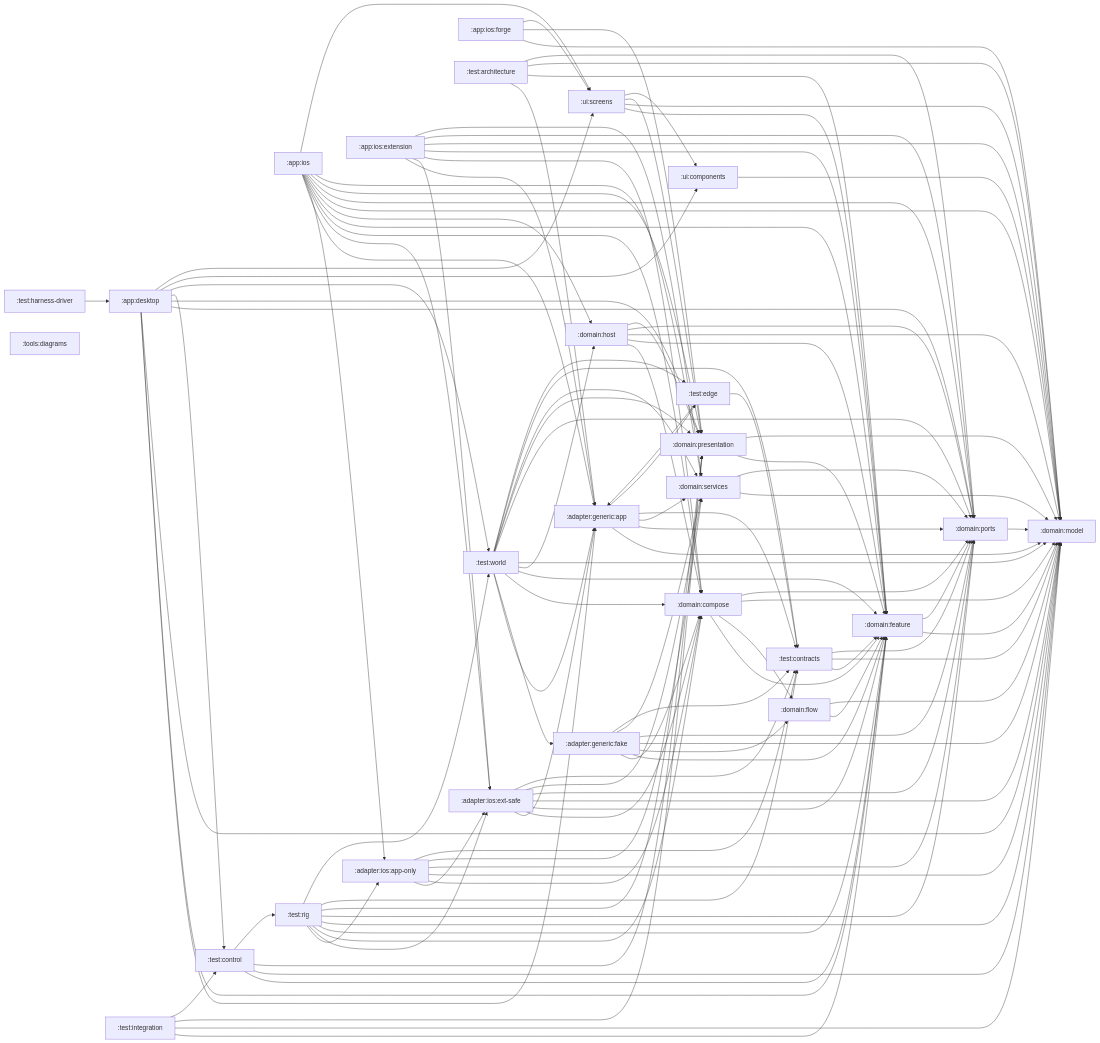
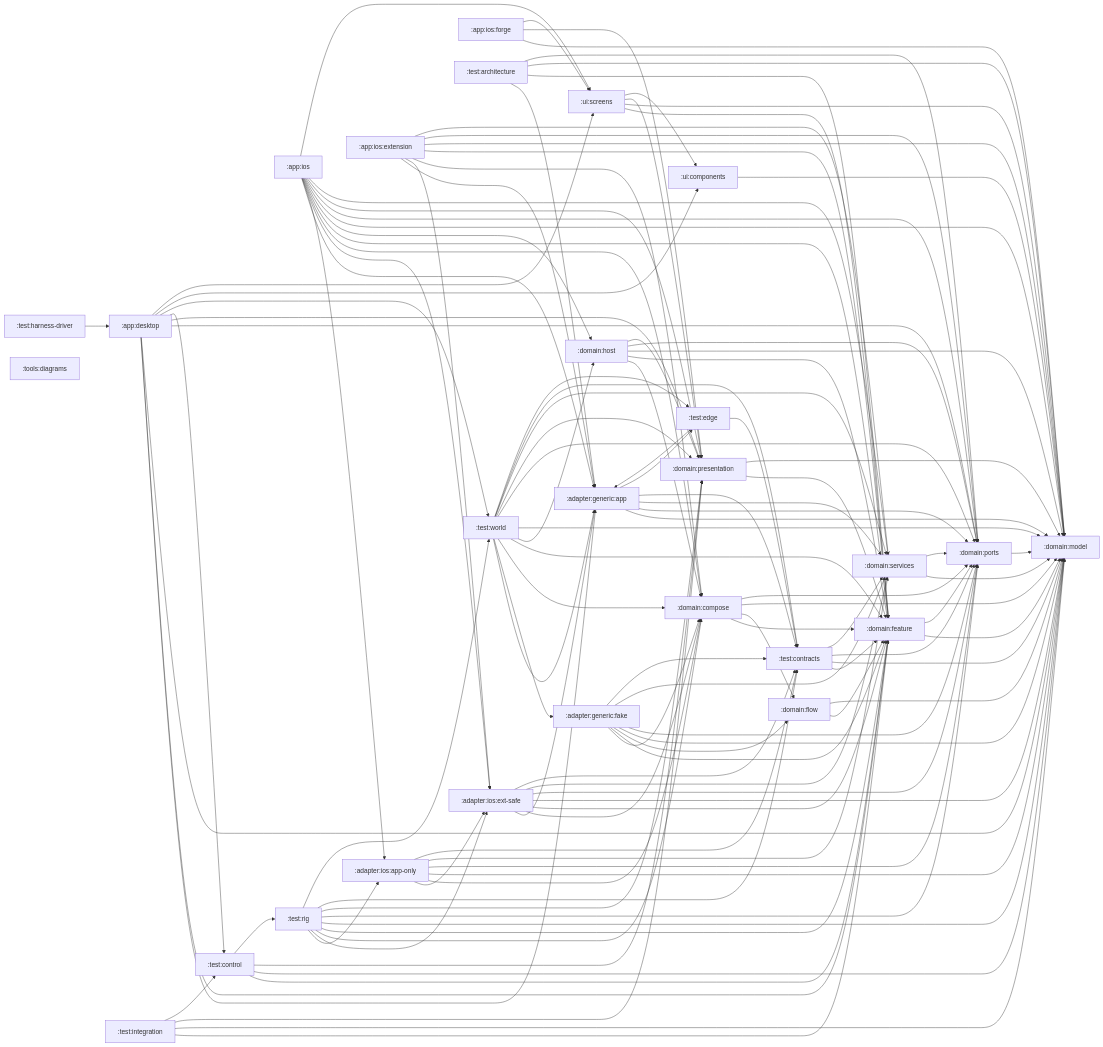
One commit to stefanhoelzl/SnapSync changed the diagram in architecture/modules.md. Above: the diagram before and after it, drawn with Mermaid. The commit also changed 57 other files, not shown here.

```diff
--- a/architecture/modules.md
+++ b/architecture/modules.md
@@ -116,6 +116,7 @@
   test_contracts --> domain_feature
   test_contracts --> domain_model
   test_contracts --> domain_ports
+  test_contracts --> domain_services
   test_control --> domain_feature
   test_control --> domain_model
   test_control --> domain_presentation
```
